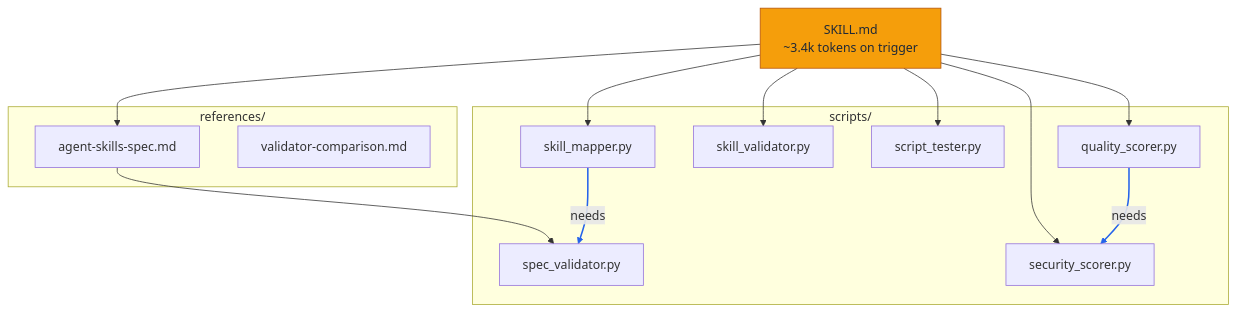
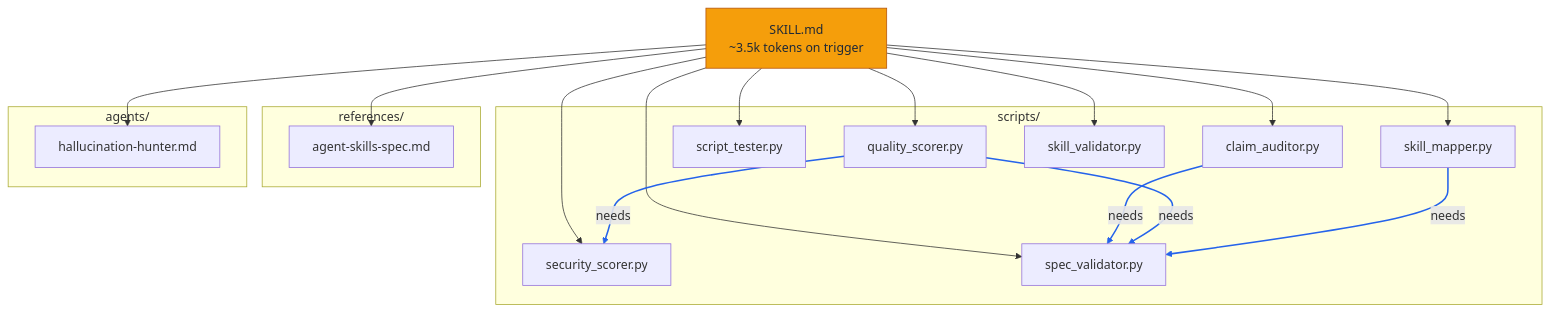
The second of 2 diagrams in README.md (AlveeeRahman/skill-vision), drawn with Mermaid before and after one commit. The commit also changed other lines of this file and 3 other files, not shown here.

First line of the commit message:
Put the hallucination-hunter agent where it can actually be found (#3)

````diff
--- a/README.md
+++ b/README.md
@@ -95,28 +134,35 @@
 ```mermaid
 flowchart TD
-    SKILL_md["SKILL.md<br/>~3.4k tokens on trigger"]
-    subgraph scripts["scripts/"]
-        skill_mapper_py["skill_mapper.py"]
-        spec_validator_py["spec_validator.py"]
-        skill_validator_py["skill_validator.py"]
-        script_tester_py["script_tester.py"]
-        quality_scorer_py["quality_scorer.py"]
-        security_scorer_py["security_scorer.py"]
-    end
-    subgraph references["references/"]
-        agent_skills_spec_md["agent-skills-spec.md"]
-        validator_comparison_md["validator-comparison.md"]
-    end
-    SKILL_md --> agent_skills_spec_md
-    SKILL_md --> skill_validator_py
-    SKILL_md --> script_tester_py
-    SKILL_md --> quality_scorer_py
-    SKILL_md --> security_scorer_py
-    SKILL_md --> skill_mapper_py
-    agent_skills_spec_md --> spec_validator_py
-    quality_scorer_py ==>|needs| security_scorer_py
-    skill_mapper_py ==>|needs| spec_validator_py
-    classDef entry fill:#f59e0b,stroke:#b45309,color:#1f2937
-    class SKILL_md entry
-    linkStyle 7,8 stroke:#2563eb,stroke-width:2px
+  n_SKILL_md["SKILL.md<br/>~3.5k tokens on trigger"]
+  subgraph n_g_scripts["scripts/"]
+    n_scripts_claim_auditor_py["claim_auditor.py"]
+    n_scripts_quality_scorer_py["quality_scorer.py"]
+    n_scripts_script_tester_py["script_tester.py"]
+    n_scripts_security_scorer_py["security_scorer.py"]
+    n_scripts_skill_mapper_py["skill_mapper.py"]
+    n_scripts_skill_validator_py["skill_validator.py"]
+    n_scripts_spec_validator_py["spec_validator.py"]
+  end
+  subgraph n_g_references["references/"]
+    n_references_agent_skills_spec_md["agent-skills-spec.md"]
+  end
+  subgraph n_g_agents["agents/"]
+    n_agents_hallucination_hunter_md["hallucination-hunter.md"]
+  end
+  n_SKILL_md --> n_agents_hallucination_hunter_md
+  n_SKILL_md --> n_references_agent_skills_spec_md
+  n_SKILL_md --> n_scripts_spec_validator_py
+  n_SKILL_md --> n_scripts_claim_auditor_py
+  n_SKILL_md --> n_scripts_skill_validator_py
+  n_SKILL_md --> n_scripts_script_tester_py
+  n_SKILL_md --> n_scripts_quality_scorer_py
+  n_SKILL_md --> n_scripts_security_scorer_py
+  n_SKILL_md --> n_scripts_skill_mapper_py
+  n_scripts_claim_auditor_py ==>|needs| n_scripts_spec_validator_py
+  n_scripts_quality_scorer_py ==>|needs| n_scripts_security_scorer_py
+  n_scripts_quality_scorer_py ==>|needs| n_scripts_spec_validator_py
+  n_scripts_skill_mapper_py ==>|needs| n_scripts_spec_validator_py
+  classDef entry fill:#f59e0b,stroke:#b45309,color:#1f2937
+  class n_SKILL_md entry
+  linkStyle 9,10,11,12 stroke:#2563eb,stroke-width:2px
 ```
````
